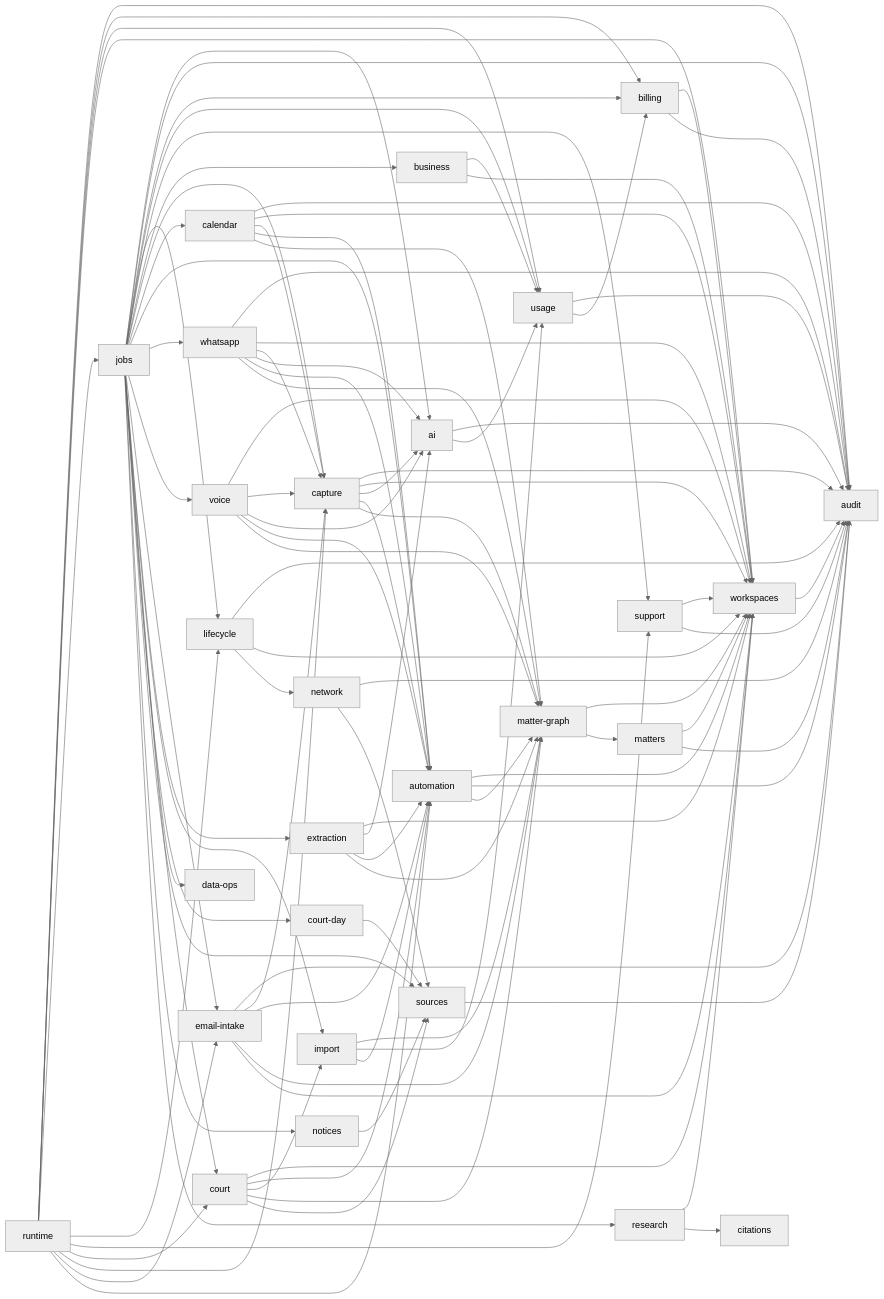
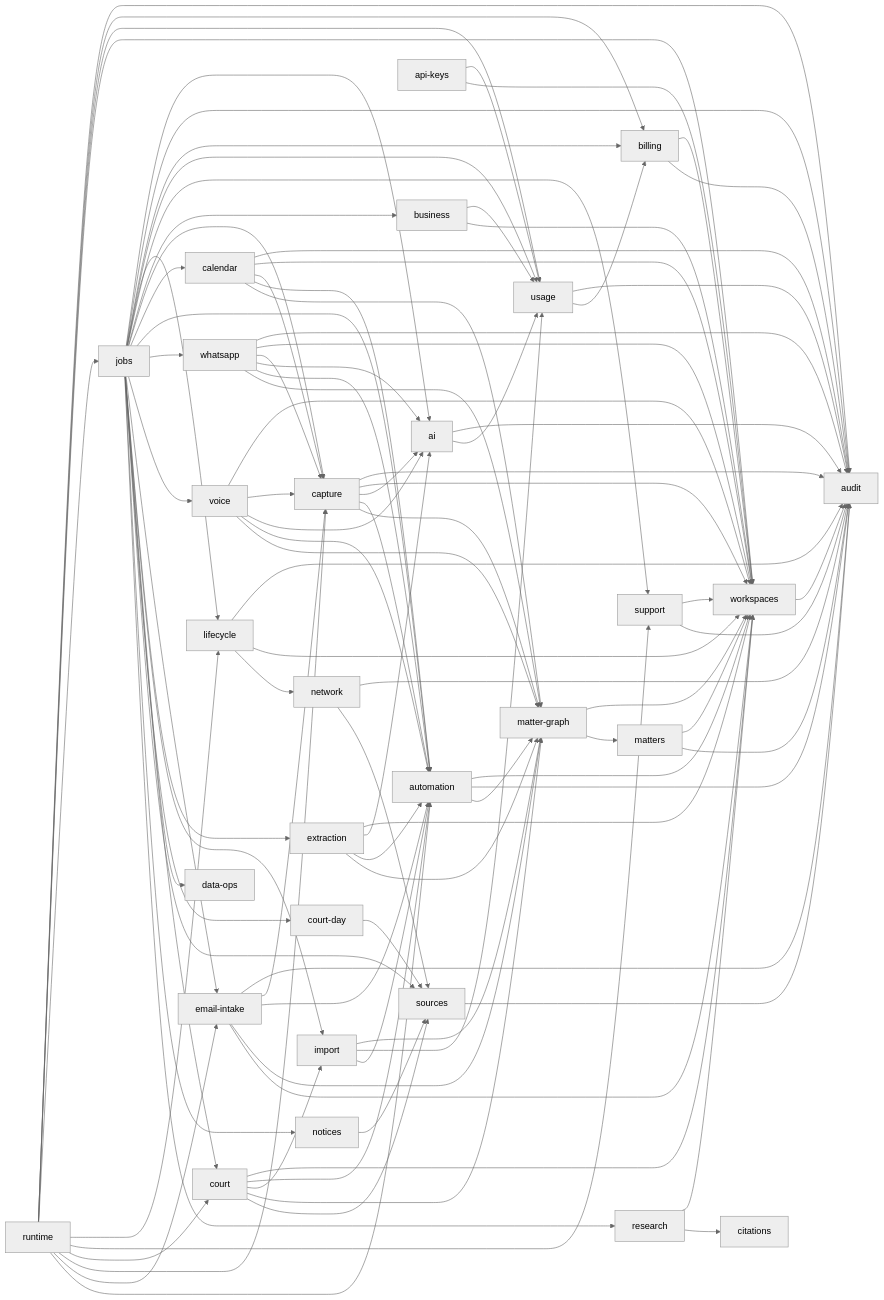
One commit to RapierCraftStudios/causedeck changed the diagram in docs/engineering/core-domains.md. Above: the diagram before and after it, drawn with Mermaid (neutral theme). The commit also changed other lines of this file and 24 other files, not shown here.

```diff
--- a/docs/engineering/core-domains.md
+++ b/docs/engineering/core-domains.md
@@ -141,6 +142,8 @@
   jobs --> sources
   jobs --> notices
   notices --> sources
+  api-keys --> usage
+  api-keys --> workspaces
   jobs --> research
   calendar --> audit
   calendar --> workspaces
```
